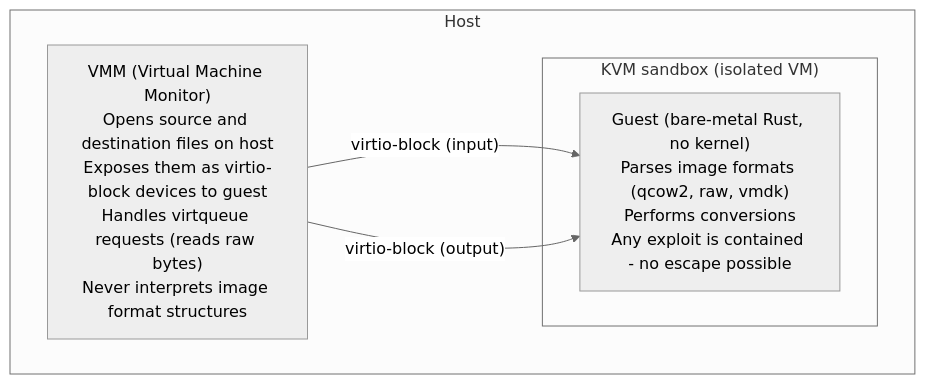
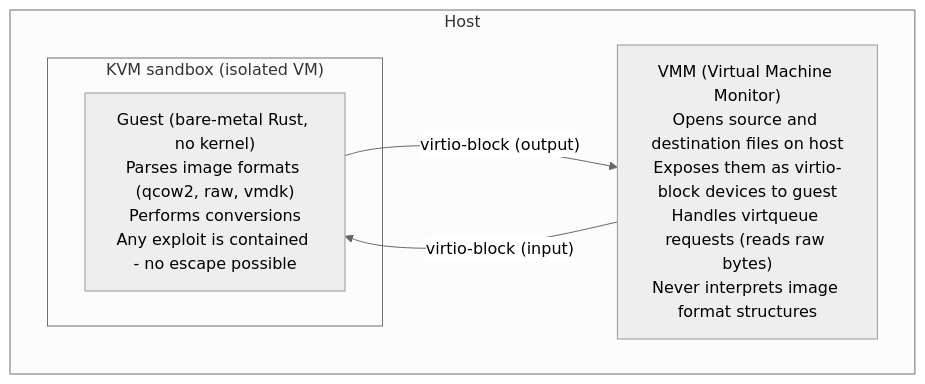
The diagram in docs/technology-primer.md (shakenfist/instar), drawn with Mermaid (neutral theme) before and after one commit. The commit also changed 3 other files, not shown here.

````diff
--- a/docs/technology-primer.md
+++ b/docs/technology-primer.md
@@ -988,11 +988,11 @@
 ```mermaid
 flowchart TB
     subgraph hostbox["Host"]
         vmm["VMM (Virtual Machine Monitor)<br/>Opens source and destination files on host<br/>Exposes them as virtio-block devices to guest<br/>Handles virtqueue requests (reads raw bytes)<br/>Never interprets image format structures"]
         subgraph sandbox["KVM sandbox (isolated VM)"]
             guest["Guest (bare-metal Rust, no kernel)<br/>Parses image formats (qcow2, raw, vmdk)<br/>Performs conversions<br/>Any exploit is contained - no escape possible"]
         end
     end
     vmm -- "virtio-block (input)" --> guest
-    vmm -- "virtio-block (output)" --> guest
+    guest -- "virtio-block (output)" --> vmm
 ```
````
